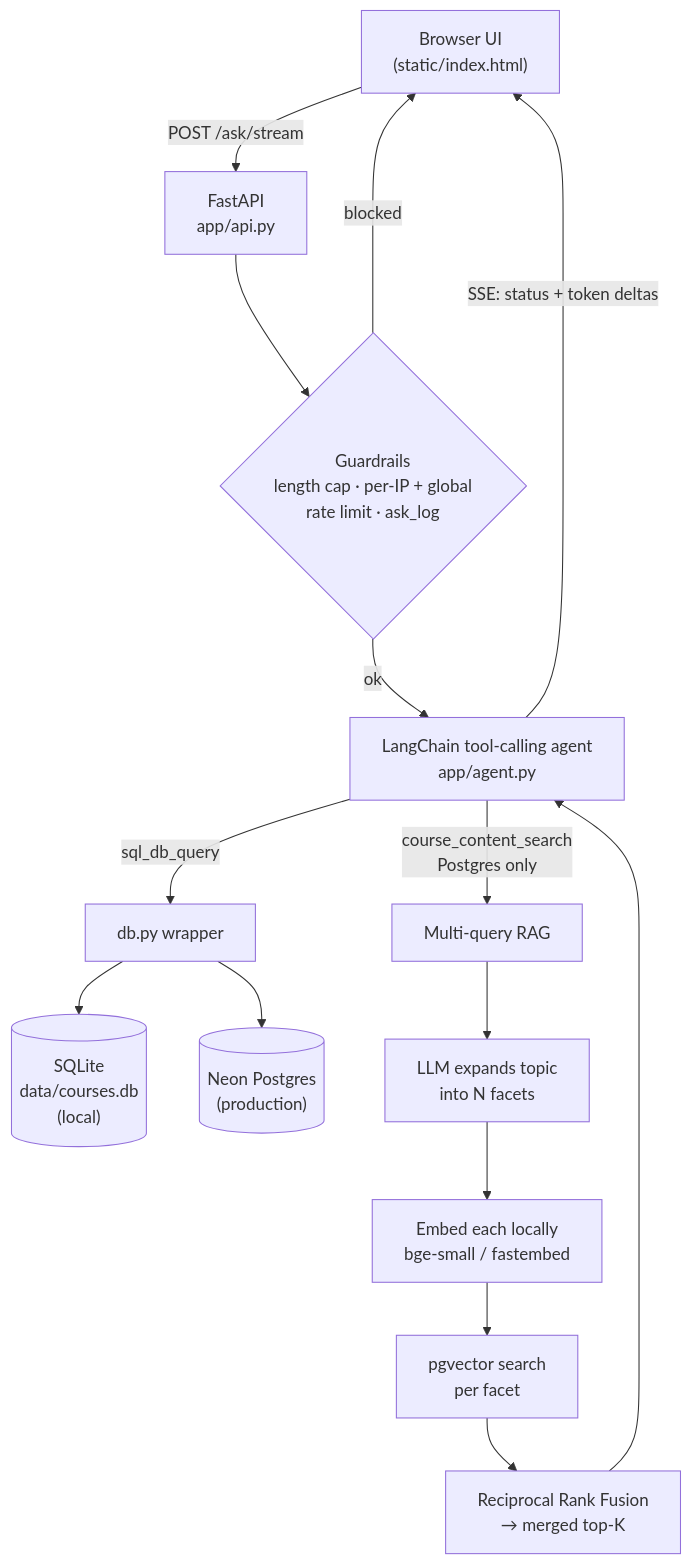
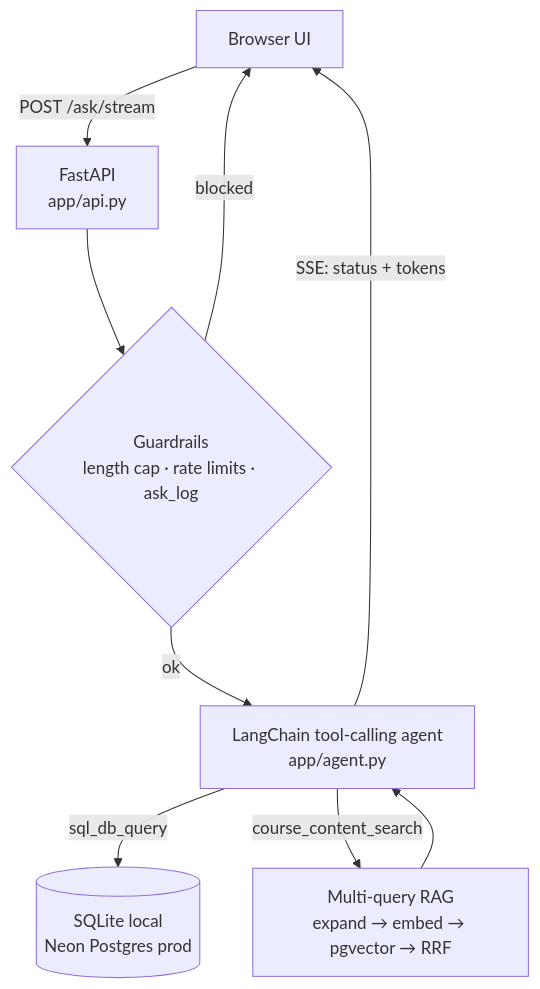
The diagram in README.md (omkarchougule19/course-explorer-agent), drawn with Mermaid before and after one commit. The commit also changed other lines of this file and 1 other file, not shown here.

````diff
--- a/README.md
+++ b/README.md
@@ -99,21 +79,11 @@
 ```mermaid
 flowchart TD
-    UI["Browser UI<br/>(static/index.html)"] -->|POST /ask/stream| API["FastAPI<br/>app/api.py"]
-
-    API --> GUARD{"Guardrails<br/>length cap · per-IP + global<br/>rate limit · ask_log"}
+    UI["Browser UI"] -->|POST /ask/stream| API["FastAPI<br/>app/api.py"]
+    API --> GUARD{"Guardrails<br/>length cap · rate limits · ask_log"}
     GUARD -->|blocked| UI
     GUARD -->|ok| AGENT["LangChain tool-calling agent<br/>app/agent.py"]
-
-    AGENT -->|sql_db_query| DB["db.py wrapper"]
-    DB --> SQLITE[("SQLite<br/>data/courses.db<br/>(local)")]
-    DB --> PG[("Neon Postgres<br/>(production)")]
-
-    AGENT -->|course_content_search<br/>Postgres only| RAG["Multi-query RAG"]
-    RAG --> EXP["LLM expands topic<br/>into N facets"]
-    EXP --> EMB["Embed each locally<br/>bge-small / fastembed"]
-    EMB --> VEC["pgvector search<br/>per facet"]
-    VEC --> RRF["Reciprocal Rank Fusion<br/>→ merged top-K"]
-    RRF --> AGENT
-
-    AGENT -->|SSE: status + token deltas| UI
+    AGENT -->|sql_db_query| DB[("SQLite local<br/>Neon Postgres prod")]
+    AGENT -->|course_content_search| RAG["Multi-query RAG<br/>expand → embed → pgvector → RRF"]
+    RAG --> AGENT
+    AGENT -->|SSE: status + tokens| UI
 ```
````
